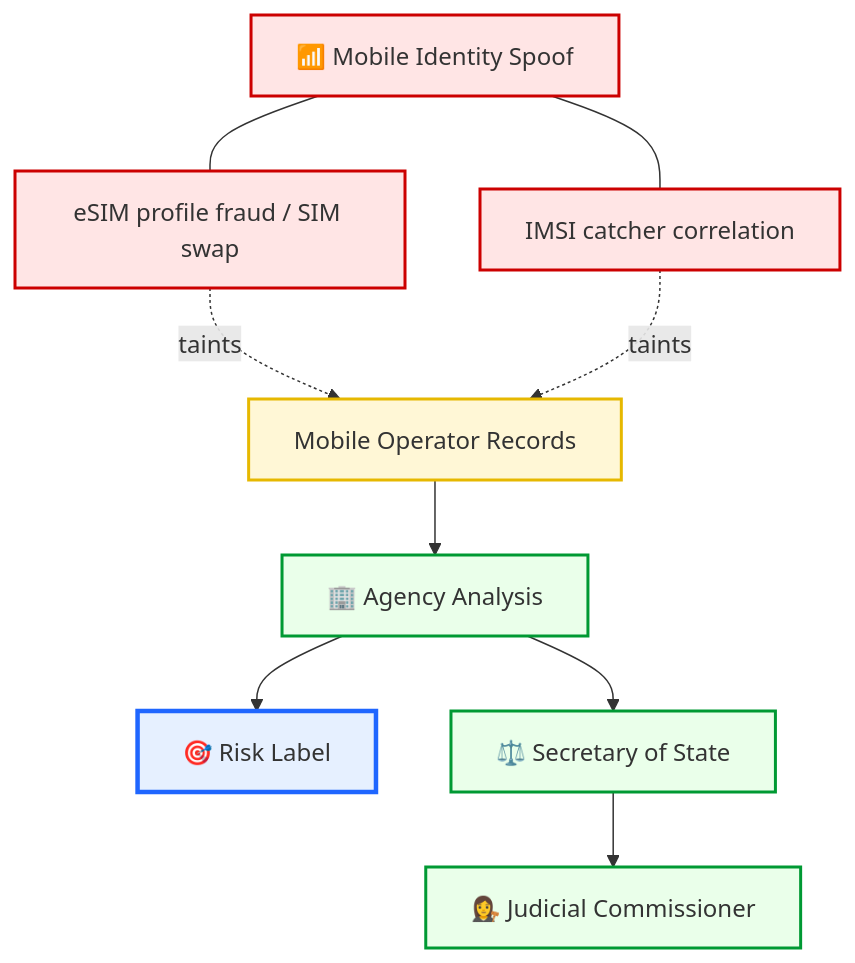
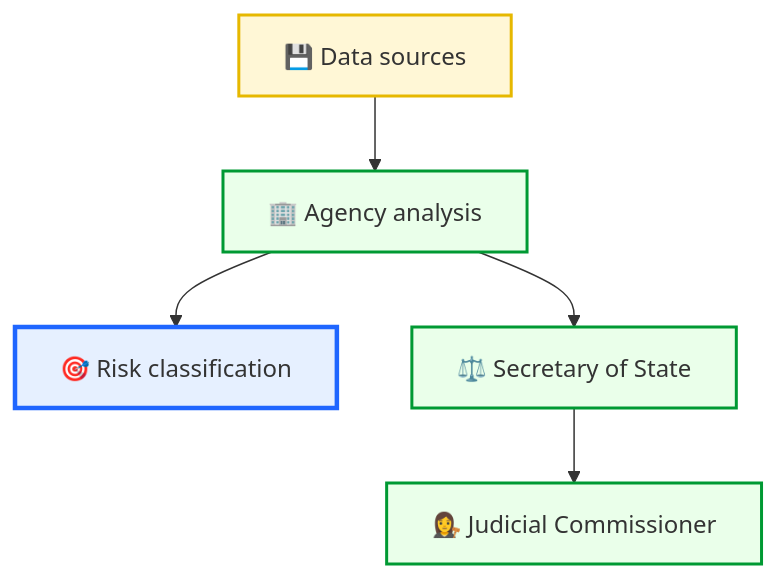
The fourth of 4 diagrams in Disruption_Kit/Big_Picture_Protocols/🦕_Elder_Influencers/🕸️_World_Webs/⚖️_surveillance_osa_citizen_forking_meganode.md (josefsbreakfast/Polaris-Protocol), drawn with Mermaid before and after one commit. The commit also changed other lines of this file, not shown here.

````diff
--- a/Disruption_Kit/Big_Picture_Protocols/🦕_Elder_Influencers/🕸️_World_Webs/⚖️_surveillance_osa_citizen_forking_meganode.md
+++ b/Disruption_Kit/Big_Picture_Protocols/🦕_Elder_Influencers/🕸️_World_Webs/⚖️_surveillance_osa_citizen_forking_meganode.md
@@ -142,22 +146,15 @@
 ```mermaid
 graph TD
-    R["🎯 Risk Label"]:::core
-    MOB["📶 Mobile Identity Spoof"]:::attack
-    M1["eSIM profile fraud / SIM swap"]:::attack
-    M2["IMSI catcher correlation"]:::attack
-    MNO["Mobile Operator Records"]:::source
-    AGENCY["🏢 Agency Analysis"]:::uk
+    R["🎯 Risk classification"]:::core
+    DATA["💾 Data sources"]:::source
+    AGENCY["🏢 Agency analysis"]:::uk
     MIN["⚖️ Secretary of State"]:::uk
     JC["👩‍⚖️ Judicial Commissioner"]:::uk
 
-    MOB --- M1 & M2
-    M1 -. taints .-> MNO
-    M2 -. taints .-> MNO
-    MNO --> AGENCY --> MIN --> JC
+    DATA --> AGENCY --> MIN --> JC
     AGENCY --> R
 
     classDef core fill:#e6f0ff,stroke:#1f66ff,stroke-width:3px;
-    classDef attack fill:#ffe5e5,stroke:#cc0000,stroke-width:2px;
     classDef source fill:#fff7d6,stroke:#e6b800,stroke-width:2px;
     classDef uk fill:#eaffea,stroke:#009933,stroke-width:2px;
 ```
````
